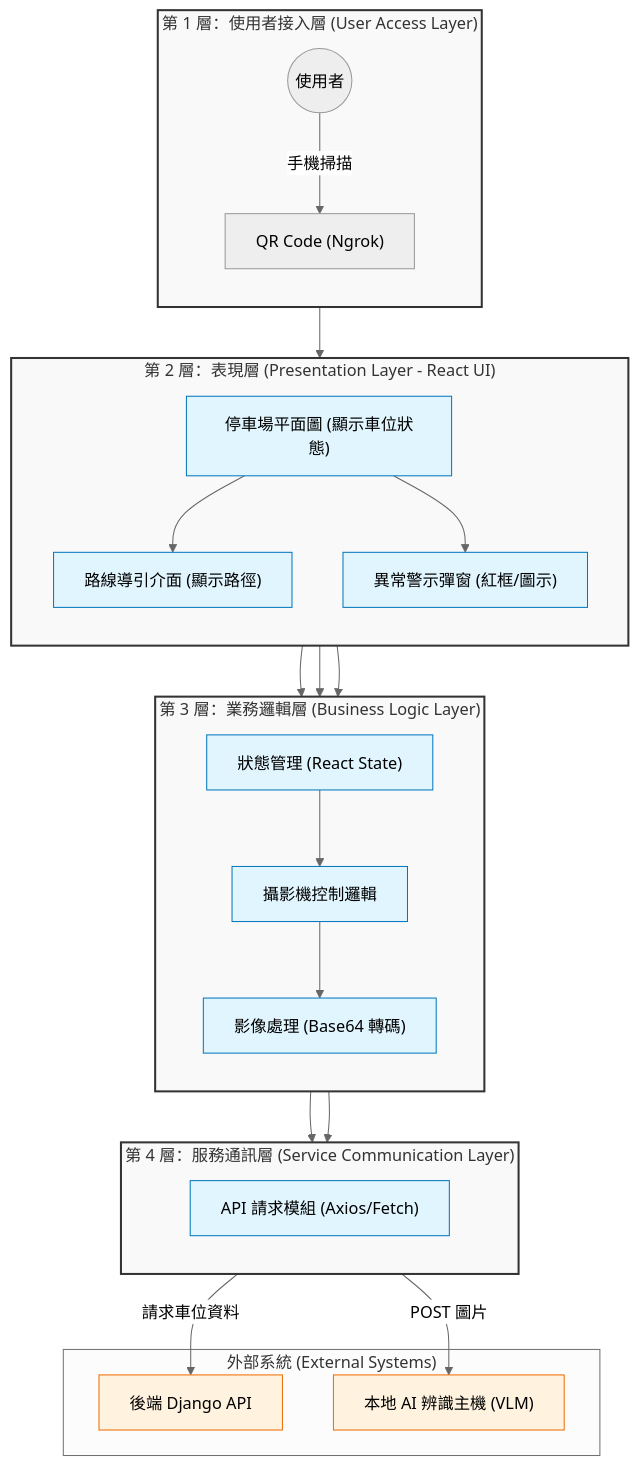
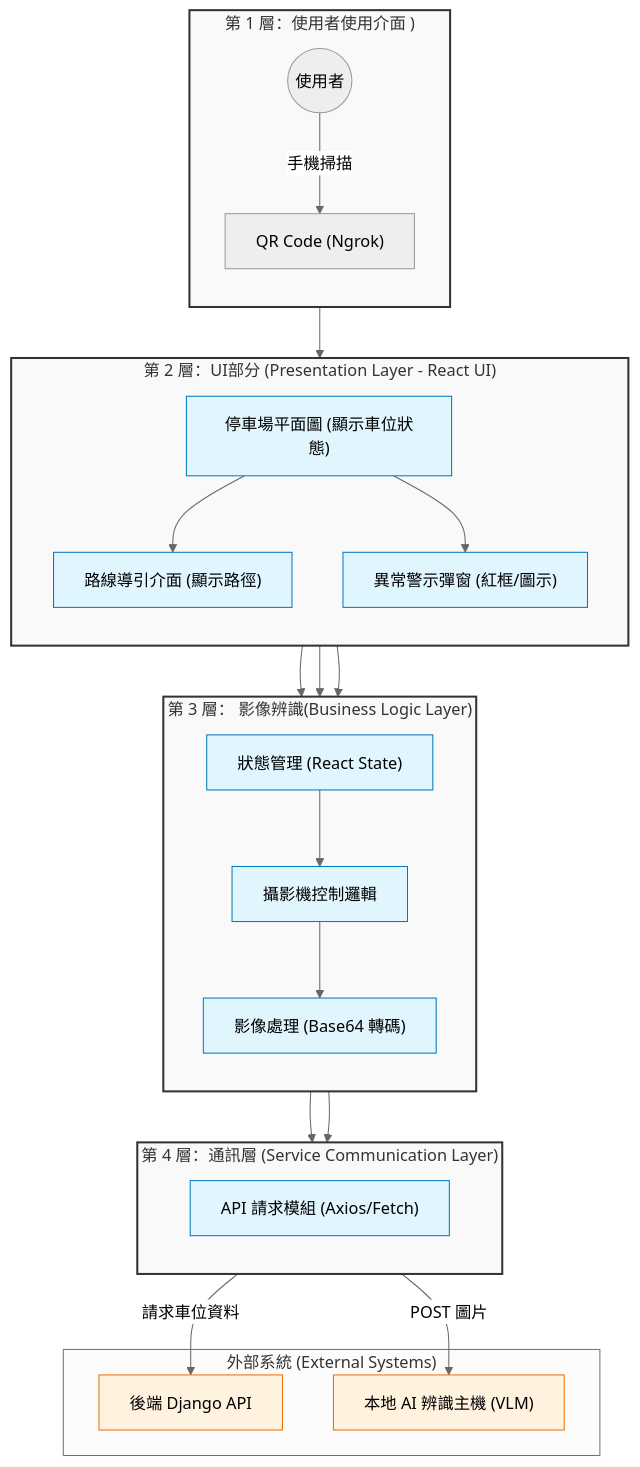
The second of 3 diagrams in Car.md (weifoe/vitis), drawn with Mermaid (neutral theme) before and after one commit. The commit also changed other lines of this file, not shown here.

````diff
--- a/Car.md
+++ b/Car.md
@@ -51,59 +51,59 @@
 ```mermaid
 graph TD
     %% 定義樣式
     classDef layer fill:#f9f9f9,stroke:#333,stroke-width:2px;
     classDef component fill:#e1f5fe,stroke:#0277bd,stroke-width:1px;
     classDef external fill:#fff3e0,stroke:#ef6c00,stroke-width:1px;
 
-    subgraph User_Layer ["第 1 層：使用者接入層 (User Access Layer)"]
+    subgraph User_Layer ["第 1 層：使用者使用介面 )"]
         direction TB
         U((使用者)) -->|手機掃描| QR["QR Code (Ngrok)"]
     end
 
-    subgraph Presentation_Layer ["第 2 層：表現層 (Presentation Layer - React UI)"]
+    subgraph Presentation_Layer ["第 2 層：UI部分 (Presentation Layer - React UI)"]
         direction TB
         Page_Map["停車場平面圖 (顯示車位狀態)"]
         Page_Guide["路線導引介面 (顯示路徑)"]
         Alert_UI["異常警示彈窗 (紅框/圖示)"]
     end
 
-    subgraph Logic_Layer ["第 3 層：業務邏輯層 (Business Logic Layer)"]
+    subgraph Logic_Layer ["第 3 層： 影像辨識(Business Logic Layer)"]
         direction TB
         State_Mgr["狀態管理 (React State)"]
         Img_Process["影像處理 (Base64 轉碼)"]
         Cam_Ctrl["攝影機控制邏輯"]
     end
 
-    subgraph Service_Layer ["第 4 層：服務通訊層 (Service Communication Layer)"]
+    subgraph Service_Layer ["第 4 層：通訊層 (Service Communication Layer)"]
         direction TB
         API_Client["API 請求模組 (Axios/Fetch)"]
     end
 
     subgraph External_Systems ["外部系統 (External Systems)"]
         Backend_API["後端 Django API"]
         AI_Server["本地 AI 辨識主機 (VLM)"]
     end
 
     %% 層級關聯
     QR --> Page_Map
     Page_Map --> Page_Guide
     Page_Map --> Alert_UI
 
     Page_Map --> State_Mgr
     Page_Guide --> State_Mgr
     Alert_UI --> State_Mgr
     
     State_Mgr --> Cam_Ctrl
     Cam_Ctrl --> Img_Process
     
     State_Mgr --> API_Client
     Img_Process --> API_Client
 
     API_Client -->|"請求車位資料"| Backend_API
     API_Client -->|"POST 圖片"| AI_Server
 
     %% 套用樣式
     class User_Layer,Presentation_Layer,Logic_Layer,Service_Layer layer;
     class Page_Map,Page_Guide,Alert_UI,State_Mgr,Img_Process,Cam_Ctrl,API_Client component;
     class Backend_API,AI_Server external;
 ```
````
